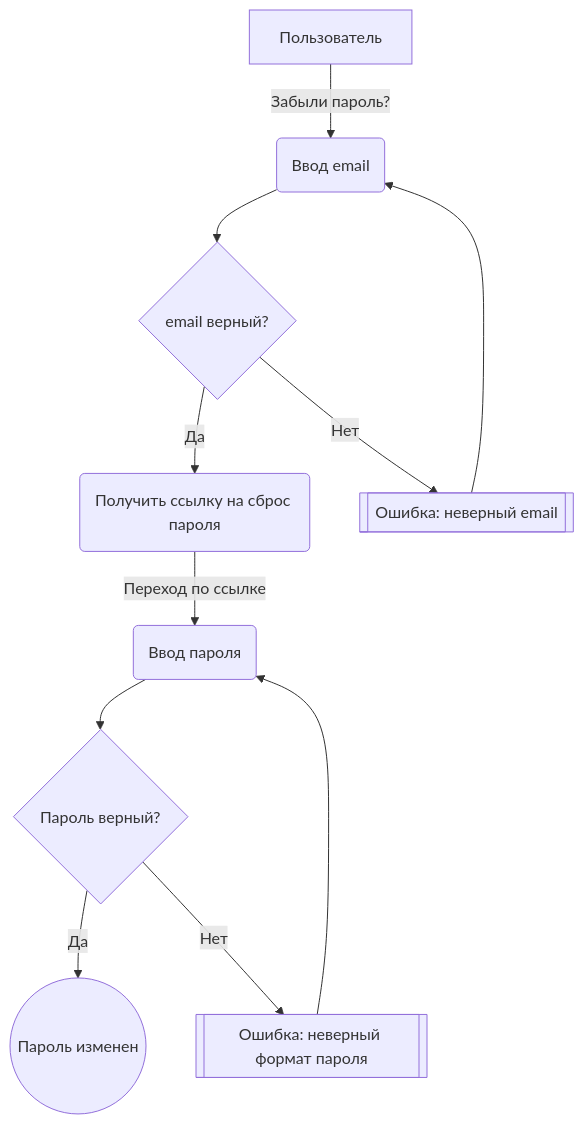
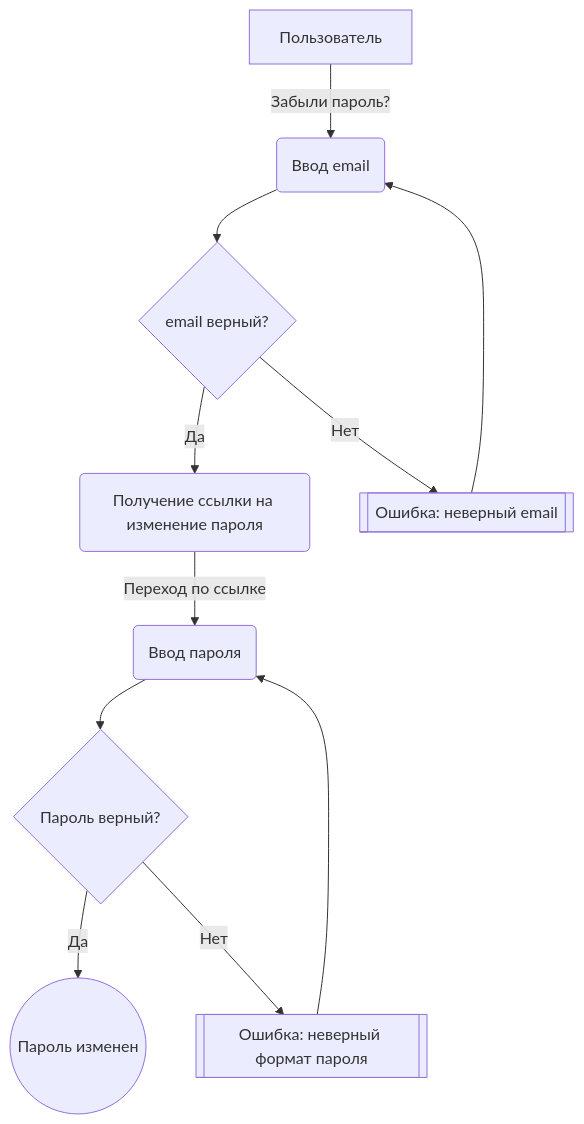
The first of 2 diagrams in Documentation/docs/авторизация/password-recovery.md (P314Rat/LegalexAccount), drawn with Mermaid before and after one commit. The commit also changed other lines of this file, not shown here.

````diff
--- a/Documentation/docs/авторизация/password-recovery.md
+++ b/Documentation/docs/авторизация/password-recovery.md
@@ -16,13 +16,13 @@
 ```mermaid
 graph TD;
     A[Пользователь] -->|Забыли пароль?| B(Ввод email)
     B --> C{email верный?}
-    C -->|Да| D(Получить ссылку на сброс пароля)
+    C -->|Да| D(Получение ссылки на изменение пароля)
     C -->|Нет| E[[Ошибка: неверный email]]
     D -->|Переход по ссылке| F(Ввод пароля)
     F --> G{Пароль верный?}
     G -->|Да| H((Пароль изменен))
     G -->|Нет| I[[Ошибка: неверный формат пароля]]
     I --> F
     E --> B
 ```
````
